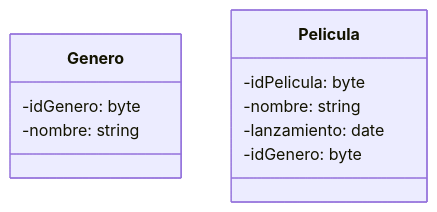
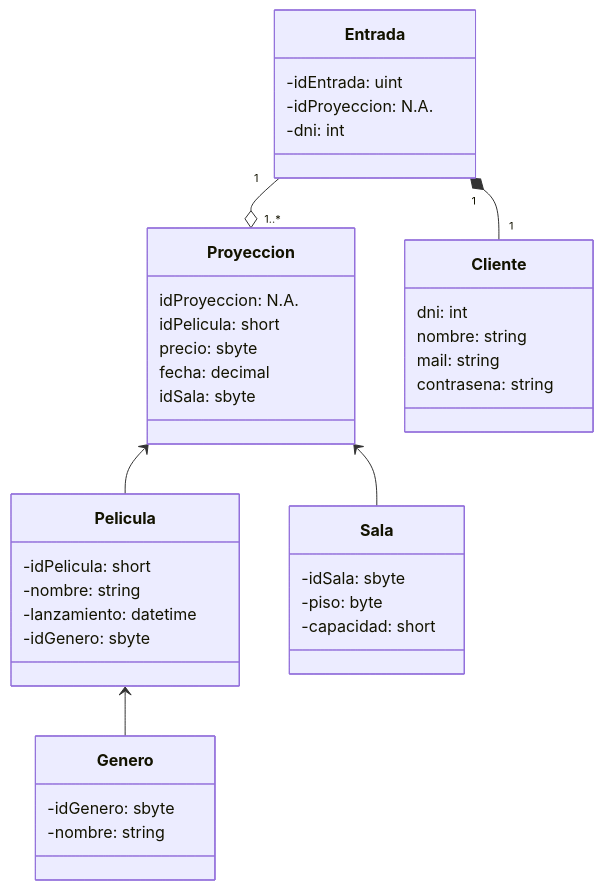
One commit to Tomm-1/Cine22 changed the diagram in docs/README.md. Above: the diagram before and after it, drawn with Mermaid.

````diff
--- a/docs/README.md
+++ b/docs/README.md
@@ -3,13 +3,41 @@
 ```mermaid
 classDiagram
+Pelicula <-- Genero
+Proyeccion <-- Sala
+Proyeccion <-- Pelicula
+Entrada "1"*--"1"Cliente
+Entrada "1"--o"1..*" Proyeccion
     class Genero{
-        -idGenero: byte
+        -idGenero: sbyte
         -nombre: string
     }
     class Pelicula{
-        -idPelicula: byte
+        -idPelicula: short
         -nombre: string
-        -lanzamiento: date
-        -idGenero: byte
+        -lanzamiento: datetime
+        -idGenero: sbyte
+    }
+    class Sala{
+        -idSala: sbyte
+        -piso: byte
+        -capacidad: short
+    }
+    class Proyeccion{
+        idProyeccion: N.A.
+        idPelicula: short
+        precio: sbyte
+        fecha: decimal
+        idSala: sbyte
+    }
+    class Cliente{
+        dni: int
+        nombre: string
+        mail: string
+        contrasena: string
+    }
+    class Entrada{
+        -idEntrada: uint
+        -idProyeccion: N.A.
+        -dni: int
     }
 ```
````
